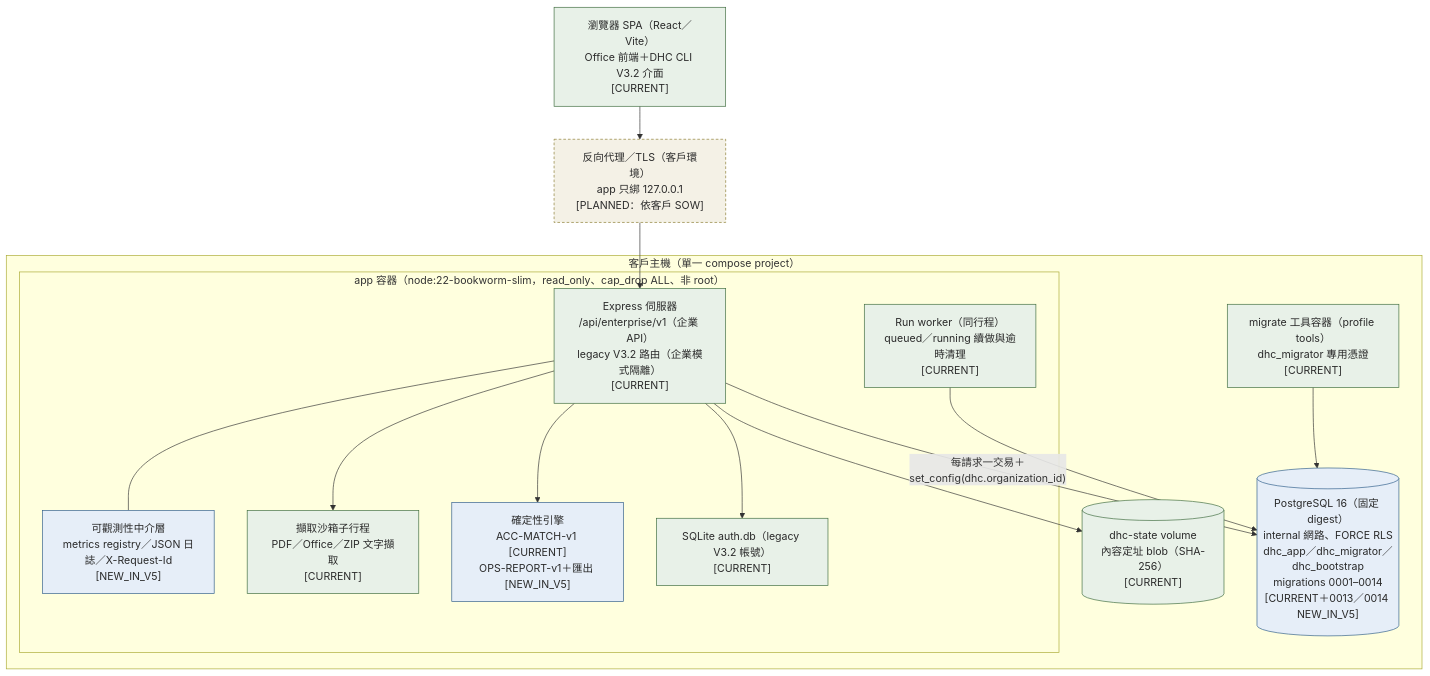
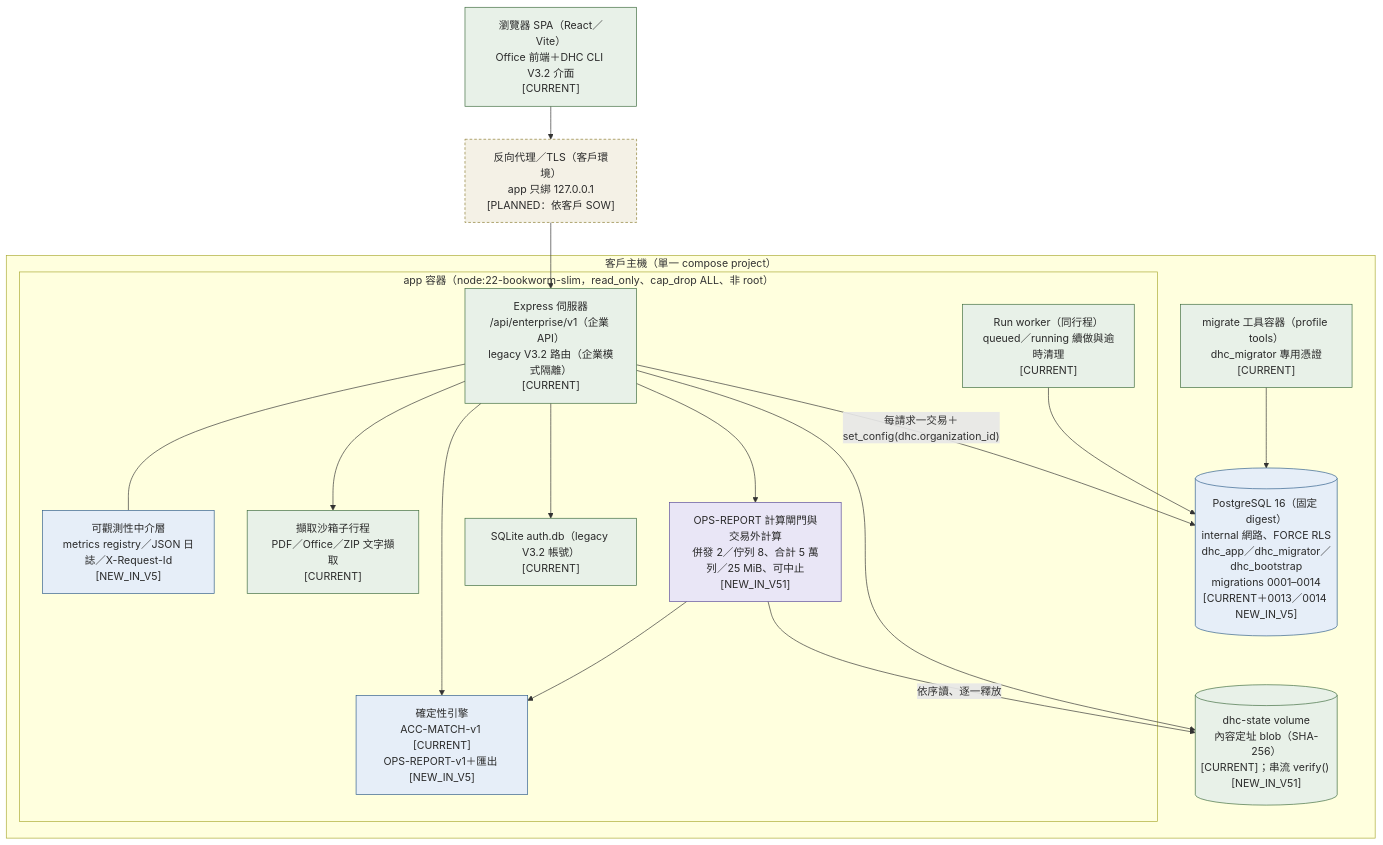
One commit to hades60414-sys/DHC-AI-SYSTEM changed the diagram in web-ui/docs/enterprise/architecture/CURRENT_C4_CONTAINER.mmd. Above: the diagram before and after it, drawn with Mermaid. The commit also changed 11 other files, not shown here.

First line of the commit message:
docs(enterprise): V5.1 architecture delta and roadmap (NEW_IN_V51)

```diff
--- a/web-ui/docs/enterprise/architecture/CURRENT_C4_CONTAINER.mmd
+++ b/web-ui/docs/enterprise/architecture/CURRENT_C4_CONTAINER.mmd
@@ -1,31 +1,35 @@
-%% C4 Level 2（容器）。來源：deploy/customer-single/compose.yaml、Dockerfile、server/modules/。
+%% V5.1：紫色＝NEW_IN_V51。C4 Level 2（容器）。來源：deploy/customer-single/compose.yaml、Dockerfile、server/modules/。
 flowchart TB
   classDef current fill:#e8f1e8,stroke:#3d6b3d,color:#2A2A2A
   classDef newv5 fill:#e6eef8,stroke:#2f5d8a,color:#2A2A2A
+  classDef newv51 fill:#e9e6f6,stroke:#5a4a9a,color:#2A2A2A
   classDef planned fill:#f4f1e6,stroke:#8a7a2f,color:#2A2A2A,stroke-dasharray:4 3
 
   browser["瀏覽器 SPA（React／Vite）<br/>Office 前端＋DHC CLI V3.2 介面<br/>[CURRENT]"]:::current
   subgraph host["客戶主機（單一 compose project）"]
     subgraph app["app 容器（node:22-bookworm-slim，read_only、cap_drop ALL、非 root）"]
       api["Express 伺服器<br/>/api/enterprise/v1（企業 API）<br/>legacy V3.2 路由（企業模式隔離）<br/>[CURRENT]"]:::current
       obs["可觀測性中介層<br/>metrics registry／JSON 日誌／X-Request-Id<br/>[NEW_IN_V5]"]:::newv5
       worker["Run worker（同行程）<br/>queued／running 續做與逾時清理<br/>[CURRENT]"]:::current
       sandbox["擷取沙箱子行程<br/>PDF／Office／ZIP 文字擷取<br/>[CURRENT]"]:::current
       engines["確定性引擎<br/>ACC-MATCH-v1 [CURRENT]<br/>OPS-REPORT-v1＋匯出 [NEW_IN_V5]"]:::newv5
+      runner["OPS-REPORT 計算閘門與交易外計算<br/>併發 2／佇列 8、合計 5 萬列／25 MiB、可中止<br/>[NEW_IN_V51]"]:::newv51
       sqlite["SQLite auth.db（legacy V3.2 帳號）<br/>[CURRENT]"]:::current
     end
-    blobs[("dhc-state volume<br/>內容定址 blob（SHA-256）<br/>[CURRENT]")]:::current
+    blobs[("dhc-state volume<br/>內容定址 blob（SHA-256）<br/>[CURRENT]；串流 verify() [NEW_IN_V51]")]:::current
     db[("PostgreSQL 16（固定 digest）<br/>internal 網路、FORCE RLS<br/>dhc_app／dhc_migrator／dhc_bootstrap<br/>migrations 0001–0014<br/>[CURRENT＋0013／0014 NEW_IN_V5]")]:::newv5
     migrate["migrate 工具容器（profile tools）<br/>dhc_migrator 專用憑證<br/>[CURRENT]"]:::current
   end
   proxy["反向代理／TLS（客戶環境）<br/>app 只綁 127.0.0.1<br/>[PLANNED：依客戶 SOW]"]:::planned
 
   browser --> proxy --> api
   api --- obs
   api --> engines
+  api --> runner --> engines
+  runner -->|"依序讀、逐一釋放"| blobs
   api --> sandbox
   api --> blobs
   api -->|"每請求一交易＋set_config(dhc.organization_id)"| db
   worker --> db
   api --> sqlite
   migrate --> db
```
